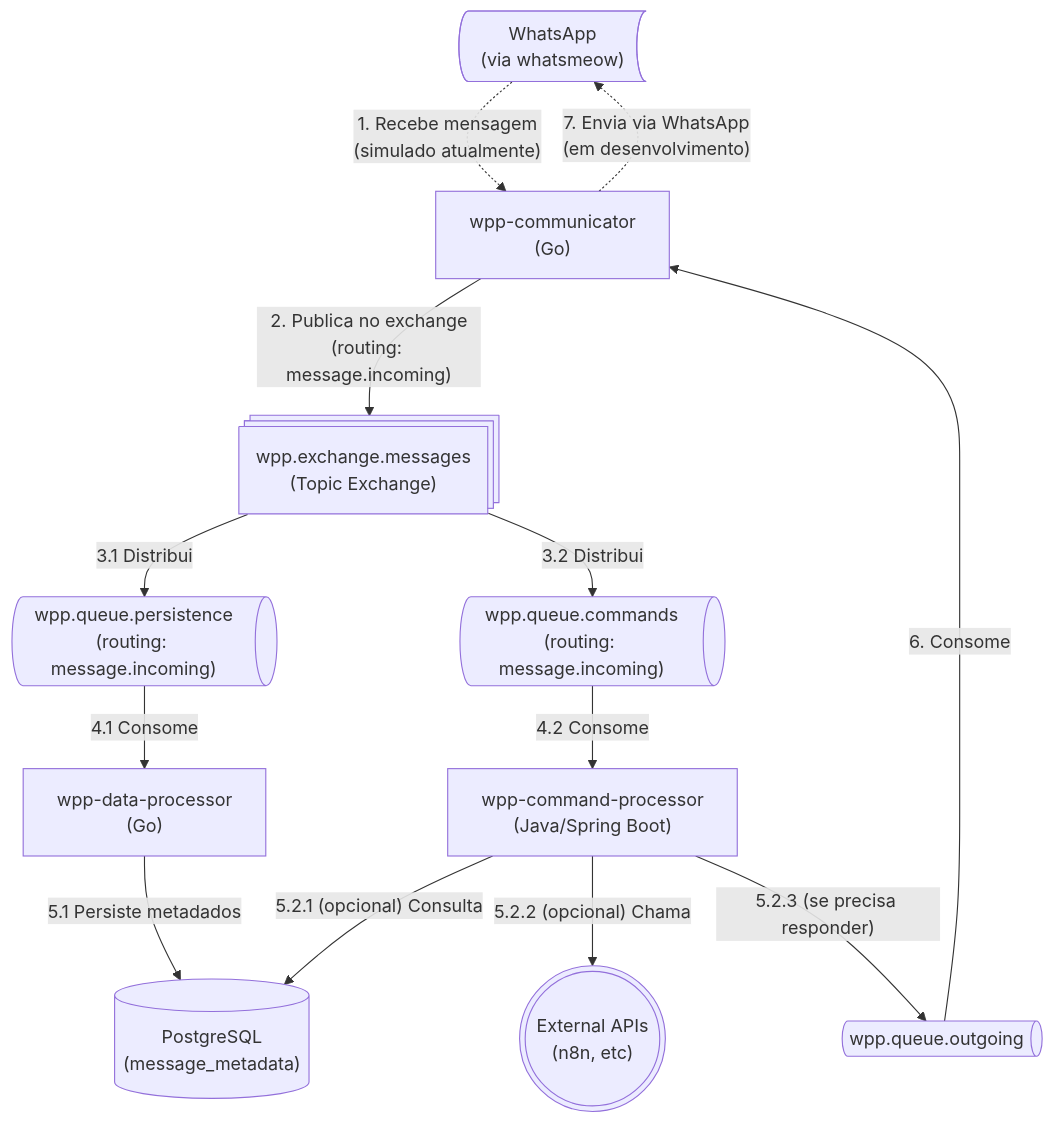
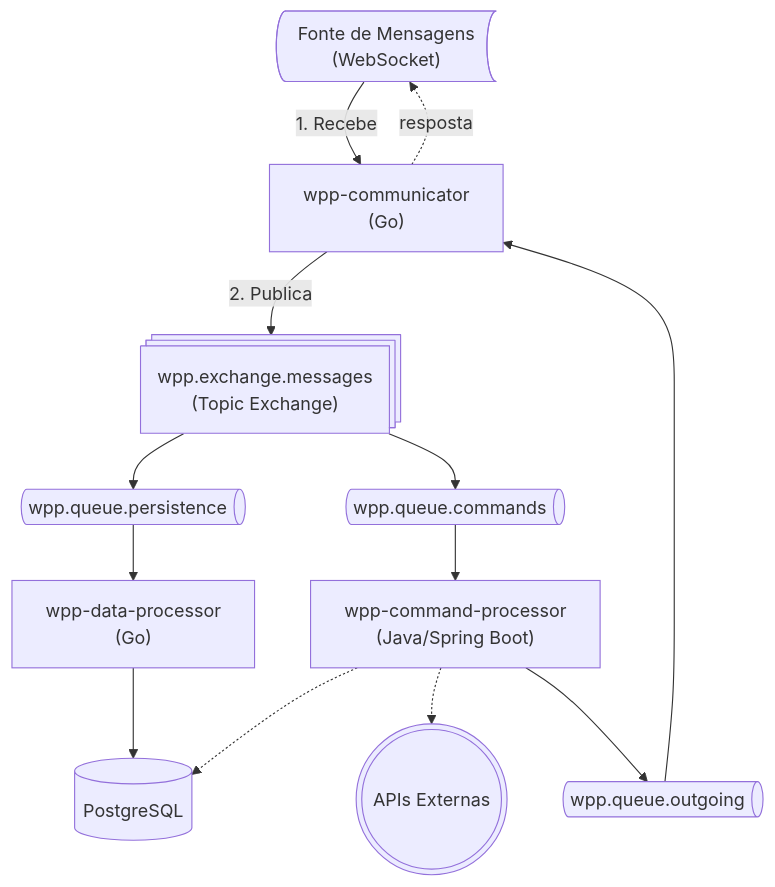
Before and after one commit to PersonalMessageCenter/.github: the second of 2 diagrams in profile/README.md, drawn with Mermaid. The commit also changed other lines of this file, not shown here.

````diff
--- a/profile/README.md
+++ b/profile/README.md
@@ -60,43 +47,43 @@
 ```mermaid
 flowchart TD
-    %% External
-    whatsapp@{ shape: bow-rect, label: "WhatsApp<br/>(via whatsmeow)" }
+    %% External Source (generic)
+    source@{ shape: bow-rect, label: "Fonte de Mensagens<br/>(WebSocket)" }
     
     %% Communication Layer
     c["wpp-communicator<br/>(Go)"]
     
     %% Message Broker
     ex_1@{shape: processes, label: "wpp.exchange.messages<br/>(Topic Exchange)" }
-    q_1@{shape: das, label: "wpp.queue.persistence<br/>(routing: message.incoming)" }
-    q_2@{shape: das, label: "wpp.queue.commands<br/>(routing: message.incoming)" }
+    q_1@{shape: das, label: "wpp.queue.persistence" }
+    q_2@{shape: das, label: "wpp.queue.commands" }
     q_3@{shape: das, label: "wpp.queue.outgoing" }
     
     %% Processing Services
     data-processor["wpp-data-processor<br/>(Go)"]
     command-processor["wpp-command-processor<br/>(Java/Spring Boot)"]
     
     %% Storage & External
-    db@{shape: cyl, label: "PostgreSQL<br/>(message_metadata)"}
-    ext@{ shape: dbl-circ, label: "External APIs<br/>(n8n, etc)" }
+    db@{shape: cyl, label: "PostgreSQL"}
+    ext@{ shape: dbl-circ, label: "APIs Externas" }
 
     %% Incoming Flow
-    whatsapp -.->|"1. Recebe mensagem<br/>(simulado atualmente)"| c
-    c --> |"2. Publica no exchange<br/>(routing: message.incoming)"| ex_1
+    source -->|"1. Recebe"| c
+    c --> |"2. Publica"| ex_1
     
-    %% Distribution (Topic Exchange distribui para ambas as filas)
-    ex_1 --> |"3.1 Distribui"| q_1
-    ex_1 --> |"3.2 Distribui"| q_2
+    %% Distribution
+    ex_1 --> q_1
+    ex_1 --> q_2
     
     %% Processing
-    q_1 --> |"4.1 Consome"| data-processor
-    data-processor --> |"5.1 Persiste metadados"| db
+    q_1 --> data-processor
+    data-processor --> db
     
-    q_2 --> |"4.2 Consome"| command-processor
-    command-processor --> |"5.2.1 (opcional) Consulta"| db
-    command-processor --> |"5.2.2 (opcional) Chama"| ext
-    command-processor --> |"5.2.3 (se precisa responder)"| q_3
+    q_2 --> command-processor
+    command-processor -.-> db
+    command-processor -.-> ext
+    command-processor --> q_3
     
     %% Outgoing Flow
-    q_3 --> |"6. Consome"| c
-    c -.->|"7. Envia via WhatsApp<br/>(em desenvolvimento)"| whatsapp
+    q_3 --> c
+    c -.->|"resposta"| source
 ```
````
